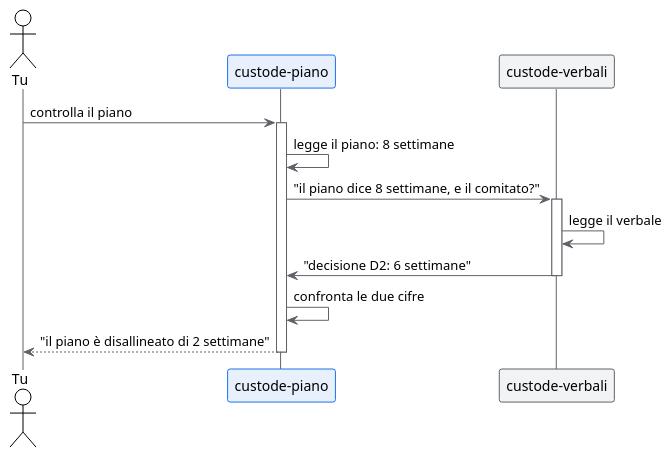
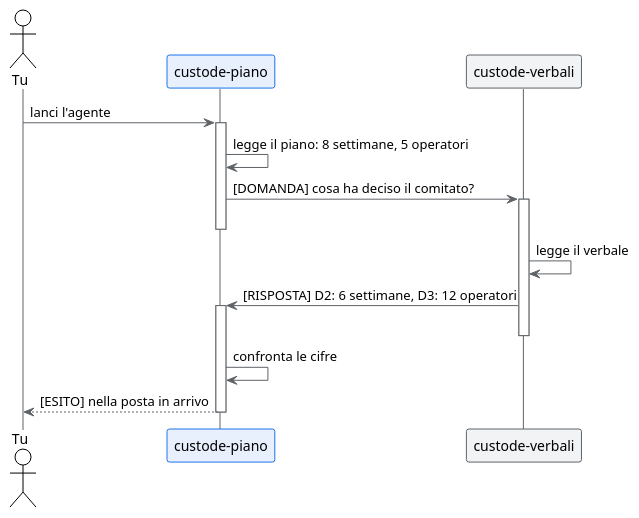
Before and after one commit to salaroglio/mdexplorer-demo: the diagram in citta-degli-agenti/alpina/README.md, drawn with PlantUML. The commit also changed other lines of this file and 7 other files, not shown here.

````diff
--- a/citta-degli-agenti/alpina/README.md
+++ b/citta-degli-agenti/alpina/README.md
@@ -38,26 +38,28 @@
 ```plantuml
 @startuml
 !theme plain
 skinparam ParticipantBackgroundColor #F1F3F4
 skinparam ParticipantBorderColor #5F6368
 skinparam SequenceLifeLineBorderColor #5F6368
 skinparam ArrowColor #5F6368
 skinparam participant {
   BackgroundColor<<Focus>> #E8F0FE
   BorderColor<<Focus>> #1A73E8
 }
 hide stereotype
 
 actor "Tu" as U
 participant "custode-piano" as P <<Focus>>
 participant "custode-verbali" as V
 
-U -> P ++ : controlla il piano
-P -> P : legge il piano: 8 settimane
-P -> V ++ : "il piano dice 8 settimane, e il comitato?"
+U -> P ++ : lanci l'agente
+P -> P : legge il piano: 8 settimane, 5 operatori
+P -> V ++ : [DOMANDA] cosa ha deciso il comitato?
+deactivate P
 V -> V : legge il verbale
-V -> P -- : "decisione D2: 6 settimane"
-P -> P : confronta le due cifre
-P --> U -- : "il piano è disallineato di 2 settimane"
+V -> P ++ : [RISPOSTA] D2: 6 settimane, D3: 12 operatori
+deactivate V
+P -> P : confronta le cifre
+P --> U -- : [ESITO] nella posta in arrivo
 @enduml
 ```
````
